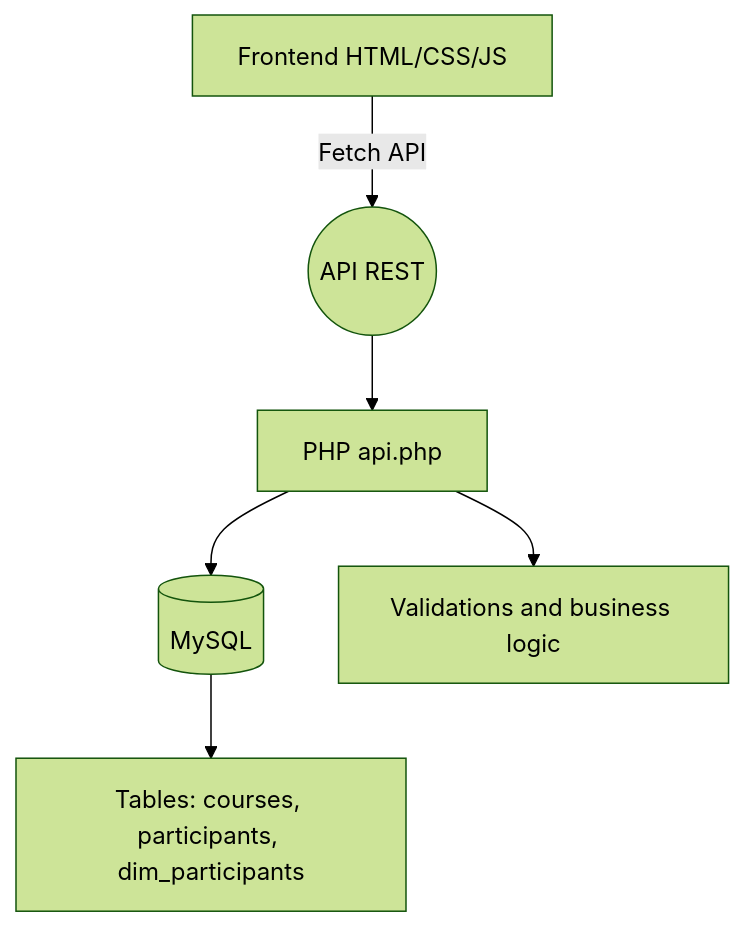
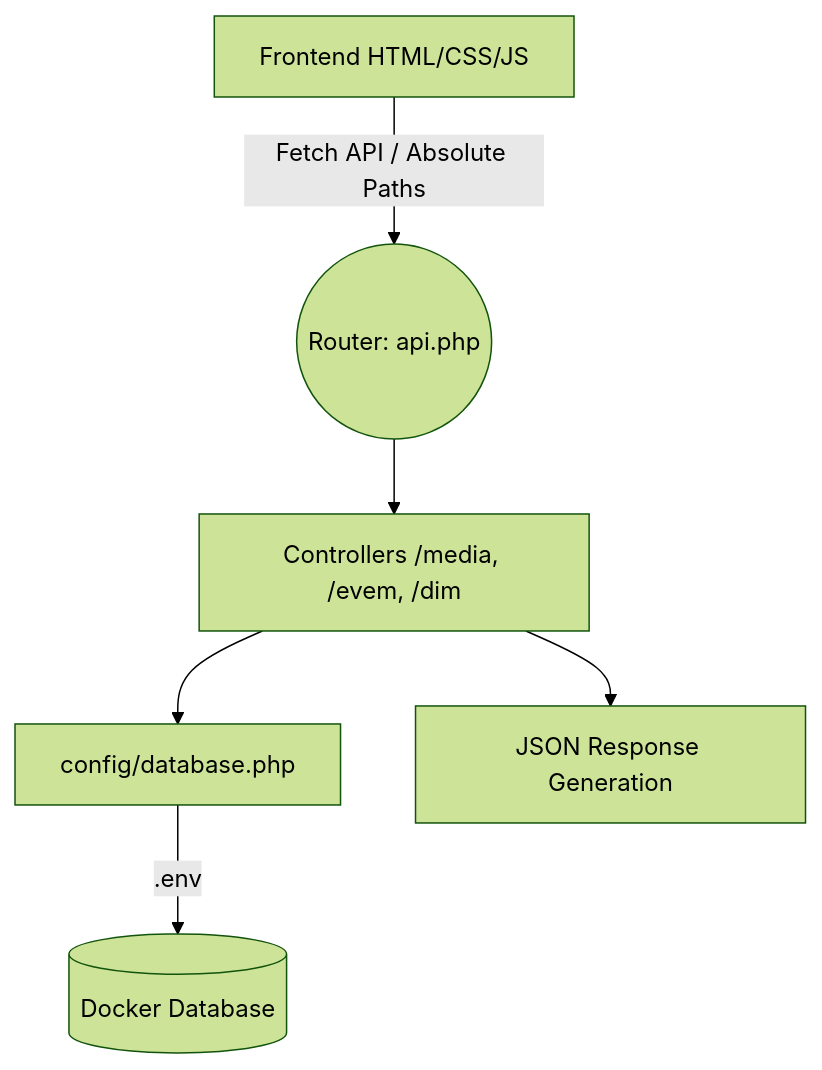
Before and after one commit to JuanD-2005/evem-2025: the second of 2 diagrams in README.md, drawn with Mermaid (forest theme). The commit also changed other lines of this file, not shown here.

````diff
--- a/README.md
+++ b/README.md
@@ -176,8 +164,8 @@
 ```mermaid
 graph TD
-  A[Frontend HTML/CSS/JS] -->|Fetch API| B((API REST))
-  B --> C[PHP api.php]
-  C --> D[(MySQL)]
-  C --> E[Validations and business logic]
-  D --> F[Tables: courses, participants, dim_participants]
+  A[Frontend HTML/CSS/JS] -->|Fetch API / Absolute Paths| B((Router: api.php))
+  B --> C[Controllers /media, /evem, /dim]
+  C --> D[config/database.php]
+  D -->|.env| E[(Docker Database)]
+  C --> F[JSON Response Generation]
 ```
````
